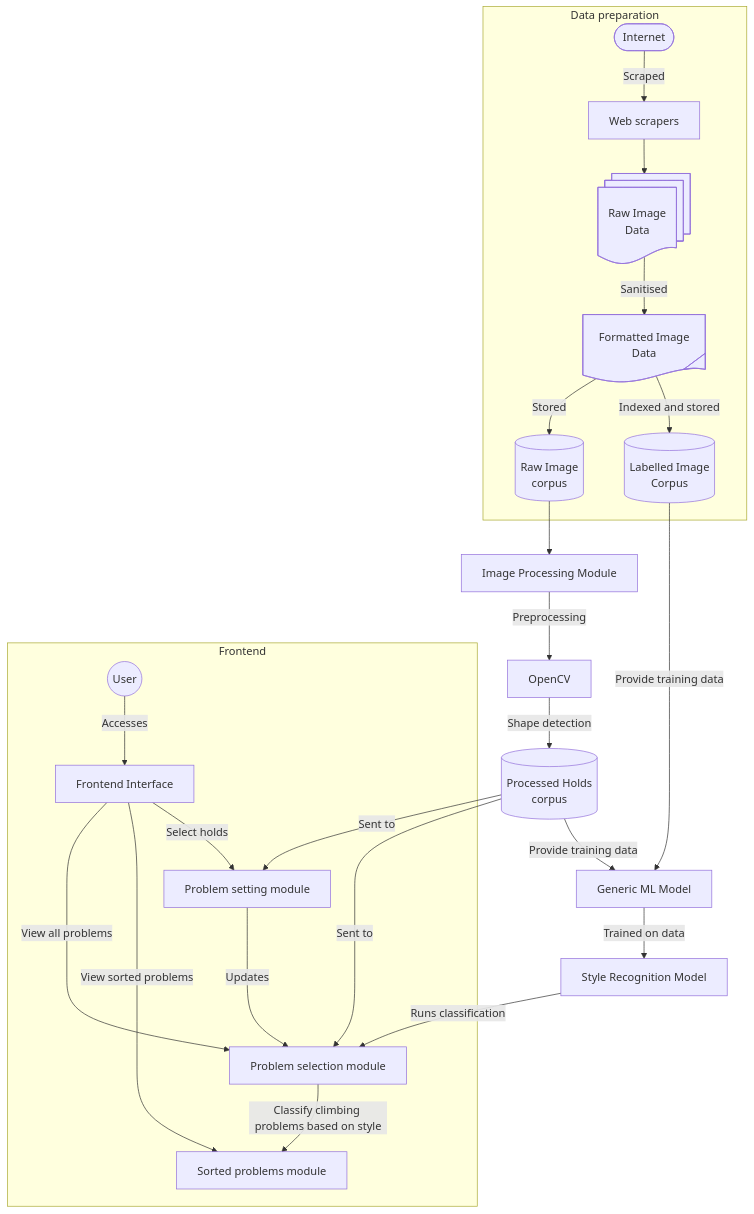
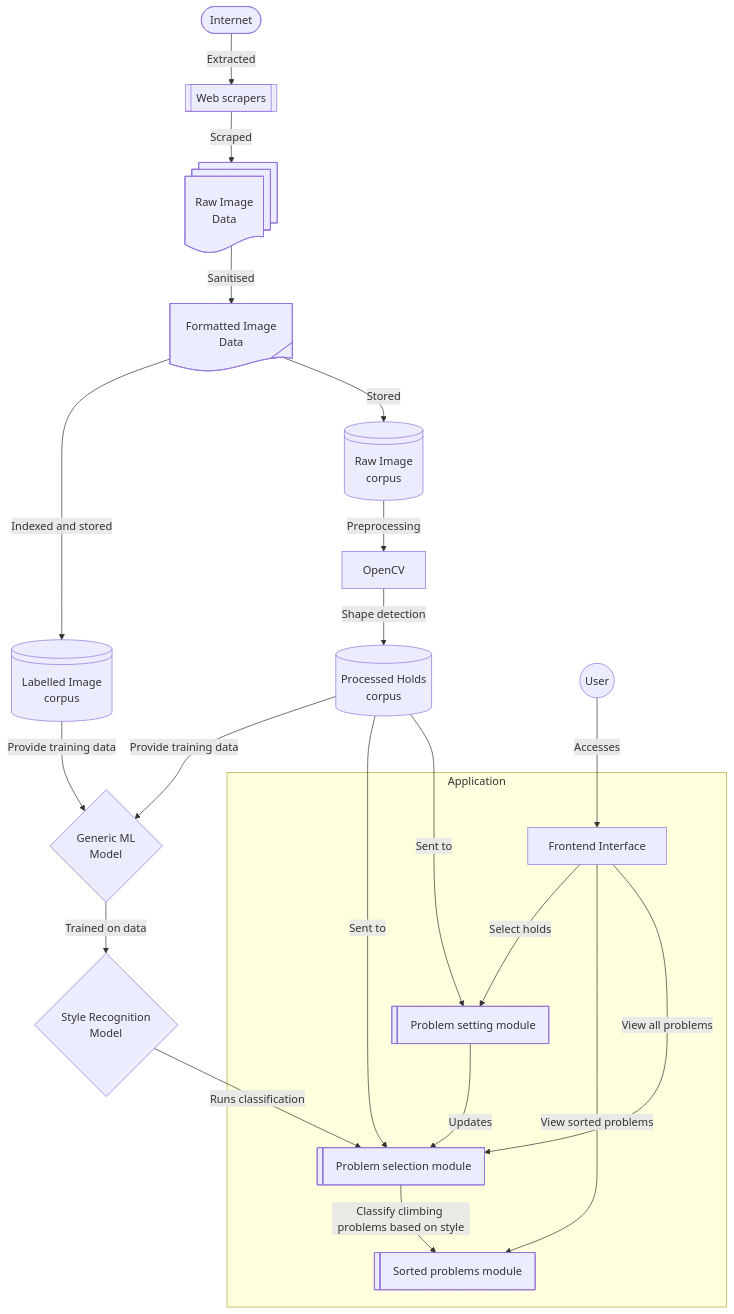
One commit to gongahkia/cornifer changed the diagram in README.md. Above: the diagram before and after it, drawn with Mermaid.

Commit message:
feat(app): aother possible readme archi

````diff
--- a/README.md
+++ b/README.md
@@ -13,27 +13,24 @@
 ```mermaid
 graph TD;
-    subgraph "Data preparation"
-        V([Internet]) -->|Scraped| W[Web scrapers] 
-        W --> Data@{shape: docs, label: "Raw Image<br>Data"}
-        Data -->|Sanitised| Formatted@{ shape: tag-doc, label: "Formatted Image<br>Data"}
-        Formatted --> |Stored| A[(Raw Image<br>corpus)]
-        Formatted --> |Indexed and stored| B[(Labelled Image<br>Corpus)]
-    end
-    A --> D[Image Processing Module]
-    D --> |Preprocessing| E[OpenCV]
+    V([Internet]) -->|Extracted| W@{ shape: subproc, label: "Web scrapers"}
+    W --> |Scraped| Data@{shape: docs, label: "Raw Image<br>Data"}
+    Data -->|Sanitised| Formatted@{ shape: tag-doc, label: "Formatted Image<br>Data"}
+    Formatted --> |Stored| A@{ shape: lin-cyl, label: "Raw Image<br>corpus" }
+    Formatted --> |Indexed and stored| B@{ shape: lin-cyl, label: "Labelled Image<br>corpus" }
+    A --> |Preprocessing| E[OpenCV]
     E -->|Shape detection| F[(Processed Holds<br>corpus)]
-        F -->|Sent to| G[Problem setting module]
-        F -->|Sent to| L[Problem selection module]
-    subgraph "Frontend"
-        G -->|Updates| L
-        M@{ shape: circle, label: "User" } --> |Accesses| K
+    F -->|Sent to| G@{ shape: lin-rect, label: "Problem setting module"}
+    F -->|Sent to| L@{ shape: lin-rect, label: "Problem selection module"}
+    G -->|Updates| L
+    M@{ shape: circle, label: "User" } --> |Accesses| K
+    subgraph "Application"
         K[Frontend Interface]-->|View all problems|L
-        K -----> |View sorted problems| Y
+        K --> |View sorted problems| Y
         K --> |Select holds|G
     end
-    B -->|Provide training data| H[Generic ML Model]
+    B -->|Provide training data| H@{ shape: diamond, label: "Generic ML<br>Model" }
     F -->|Provide training data| H
-    H -->|Trained on data| I[Style Recognition Model]
+    H -->|Trained on data| I@{ shape: diamond, label: "Style Recognition<br>Model"}
     I --> |Runs classification| L
-    L --> |Classify climbing problems based on style| Y[Sorted problems module]
+    L --> |Classify climbing problems based on style| Y@{ shape: lin-rect, label: "Sorted problems module"}
 ```
````
